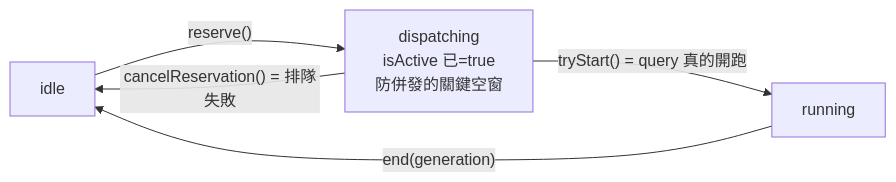
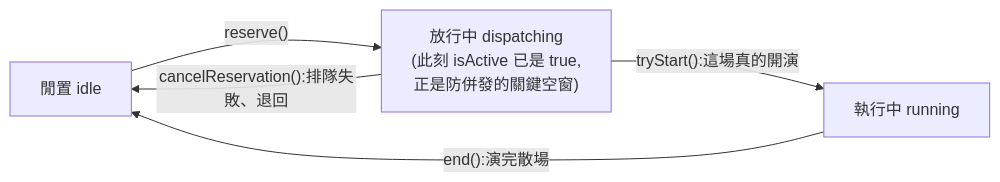
The second of 3 diagrams in technology/claude-code/claude-code-architecture-deep-dive.md (shooter2062424/Knowledge), drawn with Mermaid before and after one commit. The commit also changed other lines of this file, not shown here.

First line of the commit message:
[docs] Claude Code 拆解筆記:修好三張圖的怪英文 + 把「時刻 N|」標題改自然

````diff
--- a/technology/claude-code/claude-code-architecture-deep-dive.md
+++ b/technology/claude-code/claude-code-architecture-deep-dive.md
@@ -74,7 +74,7 @@
 ```mermaid
 flowchart LR
-    I["idle"] -->|"reserve()"| D["dispatching<br/>isActive 已=true<br/>防併發的關鍵空窗"]
-    D -->|"tryStart() = query 真的開跑"| R["running"]
-    D -->|"cancelReservation() = 排隊失敗"| I
-    R -->|"end(generation)"| I
+    I["閒置 idle"] -->|"reserve()"| D["放行中 dispatching<br/>(此刻 isActive 已是 true,<br/>正是防併發的關鍵空窗)"]
+    D -->|"tryStart():這場真的開演"| R["執行中 running"]
+    D -->|"cancelReservation():排隊失敗、退回"| I
+    R -->|"end():演完散場"| I
 ```
````
